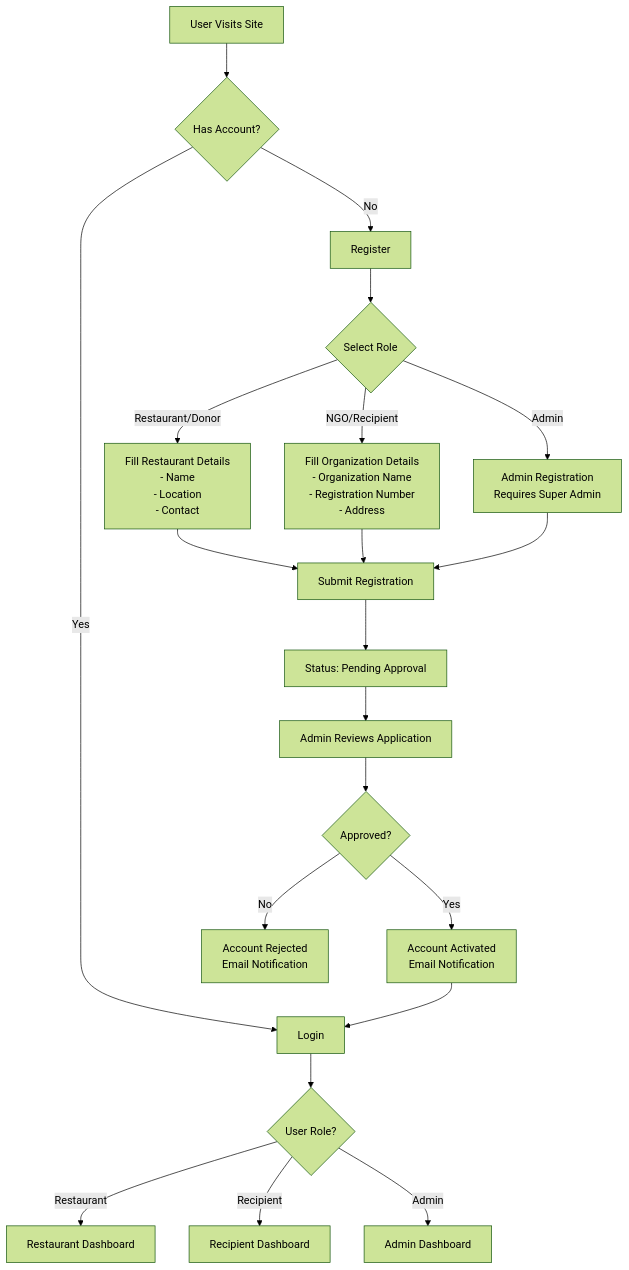
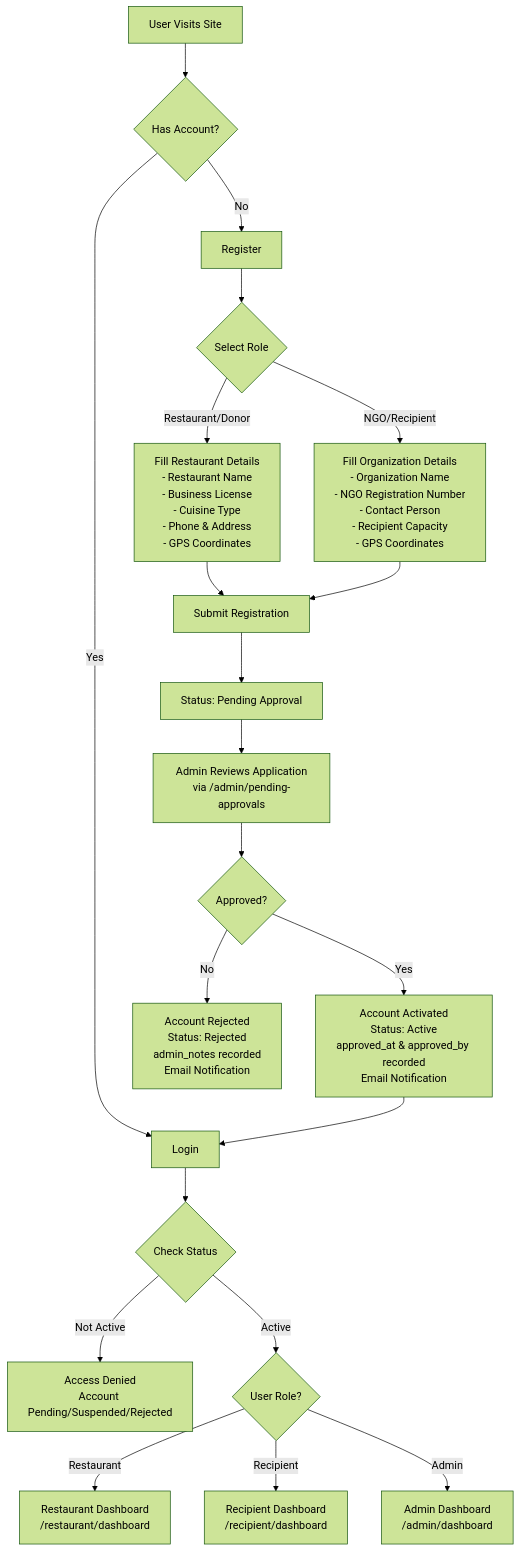
Before and after one commit to haziqfaruqi/MyFoodshare: the first of 9 diagrams in SYSTEM_FLOWCHART.md, drawn with Mermaid (forest theme). The commit also changed other lines of this file and 3 other files, not shown here.

Commit message:
update chart

````diff
--- a/SYSTEM_FLOWCHART.md
+++ b/SYSTEM_FLOWCHART.md
@@ -5,28 +5,28 @@
 ```mermaid
 flowchart TD
     A[User Visits Site] --> B{Has Account?}
     B -->|No| C[Register]
     B -->|Yes| D[Login]
 
     C --> E{Select Role}
-    E -->|Restaurant/Donor| F[Fill Restaurant Details<br/>- Name<br/>- Location<br/>- Contact]
-    E -->|NGO/Recipient| G[Fill Organization Details<br/>- Organization Name<br/>- Registration Number<br/>- Address]
-    E -->|Admin| H[Admin Registration<br/>Requires Super Admin]
+    E -->|Restaurant/Donor| F[Fill Restaurant Details<br/>- Restaurant Name<br/>- Business License<br/>- Cuisine Type<br/>- Phone & Address<br/>- GPS Coordinates]
+    E -->|NGO/Recipient| G[Fill Organization Details<br/>- Organization Name<br/>- NGO Registration Number<br/>- Contact Person<br/>- Recipient Capacity<br/>- GPS Coordinates]
 
     F --> I[Submit Registration]
     G --> I
-    H --> I
 
     I --> J[Status: Pending Approval]
-    J --> K[Admin Reviews Application]
+    J --> K[Admin Reviews Application<br/>via /admin/pending-approvals]
 
     K --> L{Approved?}
-    L -->|Yes| M[Account Activated<br/>Email Notification]
-    L -->|No| N[Account Rejected<br/>Email Notification]
+    L -->|Yes| M[Account Activated<br/>Status: Active<br/>approved_at & approved_by recorded<br/>Email Notification]
+    L -->|No| N[Account Rejected<br/>Status: Rejected<br/>admin_notes recorded<br/>Email Notification]
 
     M --> D
-    D --> O{User Role?}
-    O -->|Restaurant| P[Restaurant Dashboard]
-    O -->|Recipient| Q[Recipient Dashboard]
-    O -->|Admin| R[Admin Dashboard]
+    D --> O{Check Status}
+    O -->|Not Active| P[Access Denied<br/>Account Pending/Suspended/Rejected]
+    O -->|Active| Q{User Role?}
+    Q -->|Restaurant| R[Restaurant Dashboard<br/>/restaurant/dashboard]
+    Q -->|Recipient| S[Recipient Dashboard<br/>/recipient/dashboard]
+    Q -->|Admin| T[Admin Dashboard<br/>/admin/dashboard]
 ```
````
